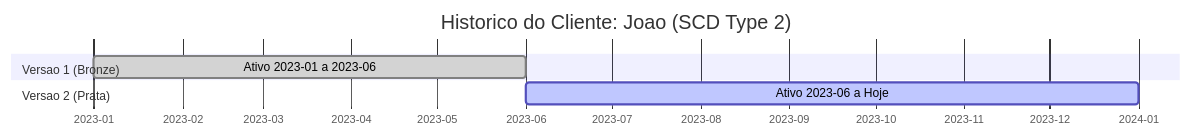
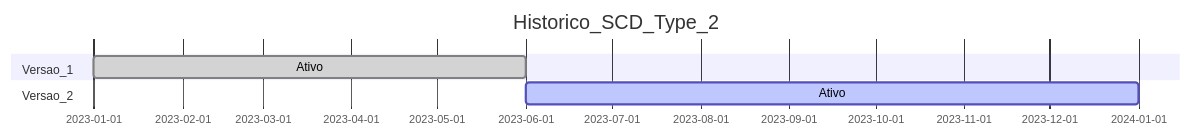
The diagram in data/data-modelling-lectures/aulas/08_scd_types/apresentacao.md (alloyha/experiments), drawn with Mermaid before and after one commit. The commit also changed 60 other files, not shown here.

````diff
--- a/data/data-modelling-lectures/aulas/08_scd_types/apresentacao.md
+++ b/data/data-modelling-lectures/aulas/08_scd_types/apresentacao.md
@@ -49,12 +49,9 @@
 ```mermaid
 gantt
-    title Historico do Cliente: Joao (SCD Type 2)
-    dateFormat YYYY-MM-DD
-    axisFormat %Y-%m
-    
-    section Versao 1 (Bronze)
-    Ativo 2023-01 a 2023-06 :done, v1, 2023-01-01, 2023-06-01
-    
-    section Versao 2 (Prata)
-    Ativo 2023-06 a Hoje    :active, v2, 2023-06-01, 2024-01-01
+title Historico_SCD_Type_2
+dateFormat YYYY-MM-DD
+section Versao_1
+Ativo :done, v1, 2023-01-01, 2023-06-01
+section Versao_2
+Ativo :active, v2, 2023-06-01, 2024-01-01
 ```
````
